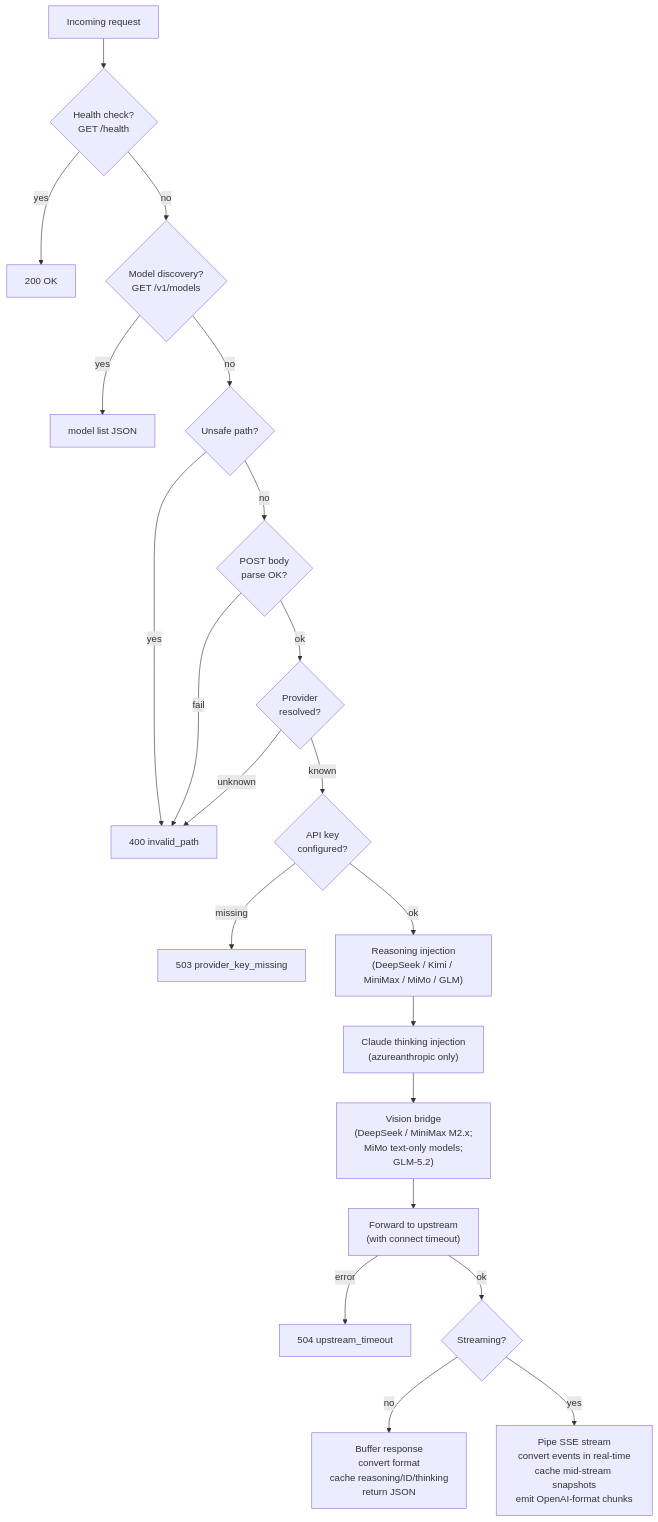
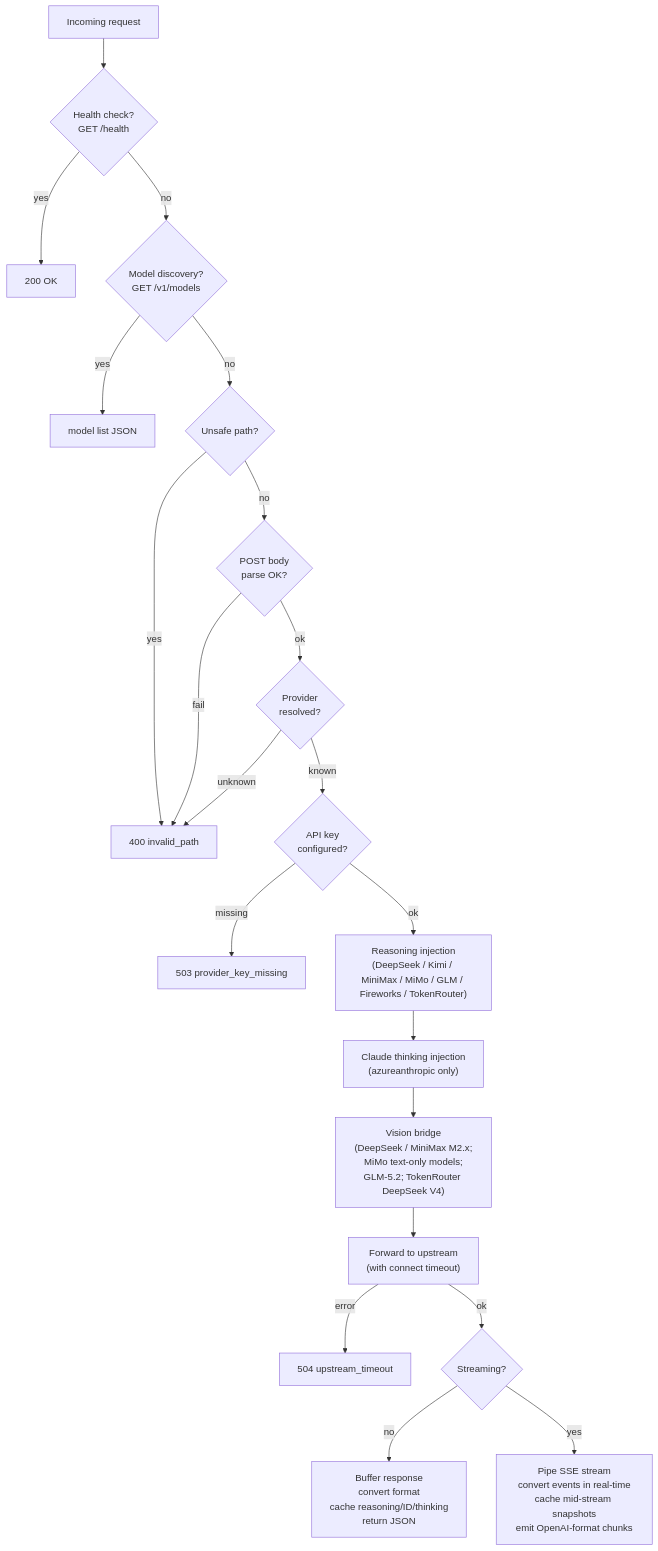
One commit to lqdflying/cursorProxy changed the third of 4 diagrams in doc/architecture-overview.md. Above: the diagram before and after it, drawn with Mermaid. The commit also changed other lines of this file and 27 other files, not shown here.

First line of the commit message:
Add TokenRouter Chat Completions provider

````diff
--- a/doc/architecture-overview.md
+++ b/doc/architecture-overview.md
@@ -91,37 +97,37 @@
 ```mermaid
 flowchart TD
     REQ["Incoming request"]
 
     A{"Health check?\nGET /health"}
     B{"Model discovery?\nGET /v1/models"}
     C{"Unsafe path?"}
     D{"POST body\nparse OK?"}
     E{"Provider\nresolved?"}
     F{"API key\nconfigured?"}
 
-    INJECT["Reasoning injection\n(DeepSeek / Kimi / MiniMax / MiMo / GLM)"]
+    INJECT["Reasoning injection\n(DeepSeek / Kimi / MiniMax / MiMo / GLM / Fireworks / TokenRouter)"]
     THINK["Claude thinking injection\n(azureanthropic only)"]
-    VISION["Vision bridge\n(DeepSeek / MiniMax M2.x;\nMiMo text-only models;\nGLM-5.2)"]
+    VISION["Vision bridge\n(DeepSeek / MiniMax M2.x;\nMiMo text-only models;\nGLM-5.2; TokenRouter DeepSeek V4)"]
     UPSTREAM["Forward to upstream\n(with connect timeout)"]
     STREAM{"Streaming?"}
     NONSTR["Buffer response\nconvert format\ncache reasoning/ID/thinking\nreturn JSON"]
     STR["Pipe SSE stream\nconvert events in real-time\ncache mid-stream snapshots\nemit OpenAI-format chunks"]
 
     REQ --> A
     A -->|yes| HEALTH["200 OK"]
     A -->|no| B
     B -->|yes| MODELS["model list JSON"]
     B -->|no| C
     C -->|yes| ERR400["400 invalid_path"]
     C -->|no| D
     D -->|fail| ERR400
     D -->|ok| E
     E -->|unknown| ERR400
     E -->|known| F
     F -->|missing| ERR503["503 provider_key_missing"]
     F -->|ok| INJECT --> THINK --> VISION --> UPSTREAM
     UPSTREAM -->|error| ERR504["504 upstream_timeout"]
     UPSTREAM -->|ok| STREAM
     STREAM -->|no| NONSTR
     STREAM -->|yes| STR
 ```
````
